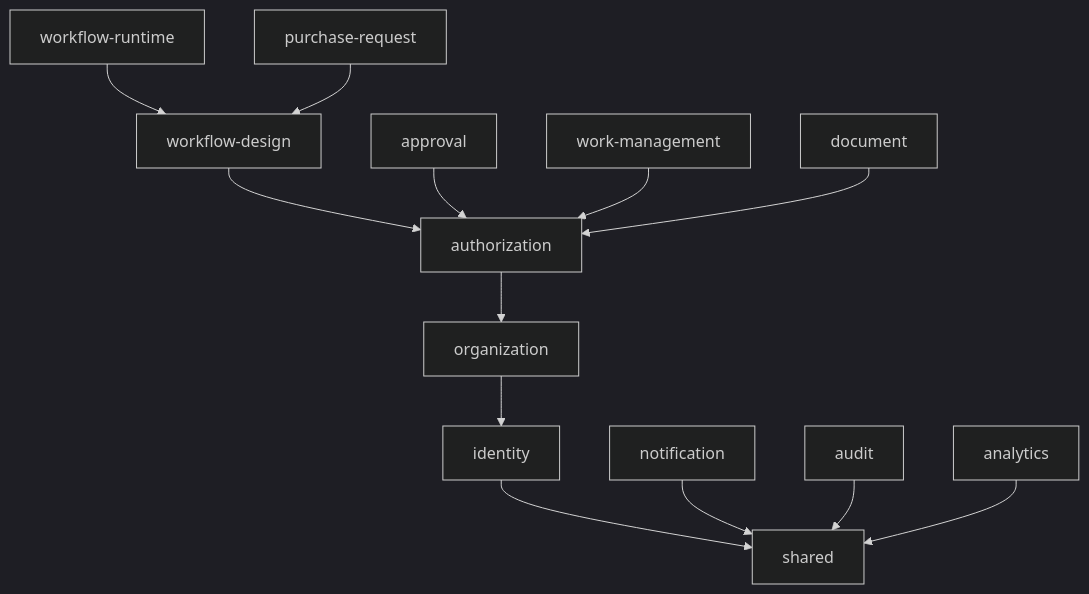
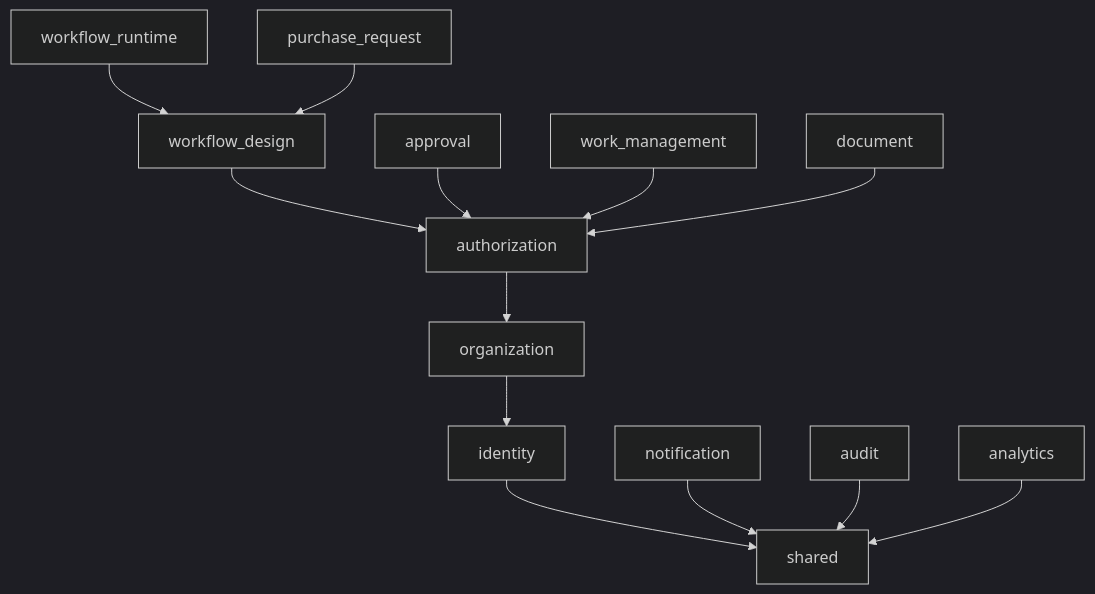
Before and after one commit to nisanuraltayy/flowpilot: the diagram in docs/architecture/dependency-rules.md, drawn with Mermaid (dark theme). The commit also changed other lines of this file and 39 other files, not shown here.

````diff
--- a/docs/architecture/dependency-rules.md
+++ b/docs/architecture/dependency-rules.md
@@ -63,15 +114,15 @@
 ```mermaid
 flowchart TD
     IDENTITY[identity] --> SHARED[shared]
     ORG[organization] --> IDENTITY
     AUTHZ[authorization] --> ORG
-    WFDESIGN[workflow-design] --> AUTHZ
-    WFRUNTIME[workflow-runtime] --> WFDESIGN
+    WFDESIGN[workflow_design] --> AUTHZ
+    WFRUNTIME[workflow_runtime] --> WFDESIGN
     APPROVAL[approval] --> AUTHZ
-    WORK[work-management] --> AUTHZ
-    PURCHASE[purchase-request] --> WFDESIGN
+    WORK[work_management] --> AUTHZ
+    PURCHASE[purchase_request] --> WFDESIGN
     DOC[document] --> AUTHZ
     NOTIFY[notification] --> SHARED
     AUDIT[audit] --> SHARED
     ANALYTICS[analytics] --> SHARED
 ```
````
